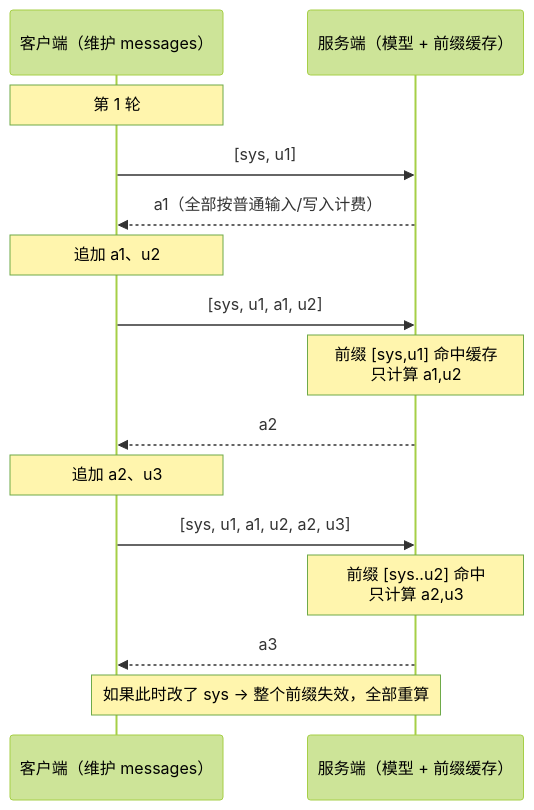
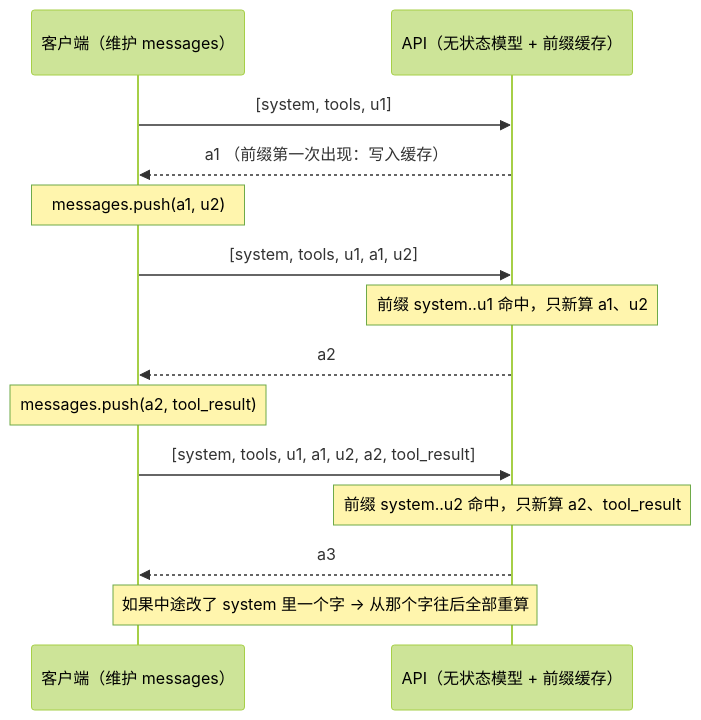
Before and after one commit to advence-liz/agent-learning: the first of 2 diagrams in p0-core/03-messages-and-tokens.md, drawn with Mermaid (forest theme). The commit also changed other lines of this file and 51 other files, not shown here.

````diff
--- a/p0-core/03-messages-and-tokens.md
+++ b/p0-core/03-messages-and-tokens.md
@@ -23,17 +30,16 @@
 ```mermaid
 sequenceDiagram
     participant C as 客户端（维护 messages）
-    participant S as 服务端（模型 + 前缀缓存）
-    Note over C: 第 1 轮
-    C->>S: [sys, u1]
-    S-->>C: a1（全部按普通输入/写入计费）
-    Note over C: 追加 a1、u2
-    C->>S: [sys, u1, a1, u2]
-    Note over S: 前缀 [sys,u1] 命中缓存<br/>只计算 a1,u2
+    participant S as API（无状态模型 + 前缀缓存）
+    C->>S: [system, tools, u1]
+    S-->>C: a1 （前缀第一次出现：写入缓存）
+    Note over C: messages.push(a1, u2)
+    C->>S: [system, tools, u1, a1, u2]
+    Note over S: 前缀 system..u1 命中，只新算 a1、u2
     S-->>C: a2
-    Note over C: 追加 a2、u3
-    C->>S: [sys, u1, a1, u2, a2, u3]
-    Note over S: 前缀 [sys..u2] 命中<br/>只计算 a2,u3
+    Note over C: messages.push(a2, tool_result)
+    C->>S: [system, tools, u1, a1, u2, a2, tool_result]
+    Note over S: 前缀 system..u2 命中，只新算 a2、tool_result
     S-->>C: a3
-    Note over C,S: 如果此时改了 sys → 整个前缀失效，全部重算
+    Note over C,S: 如果中途改了 system 里一个字 → 从那个字往后全部重算
 ```
````
